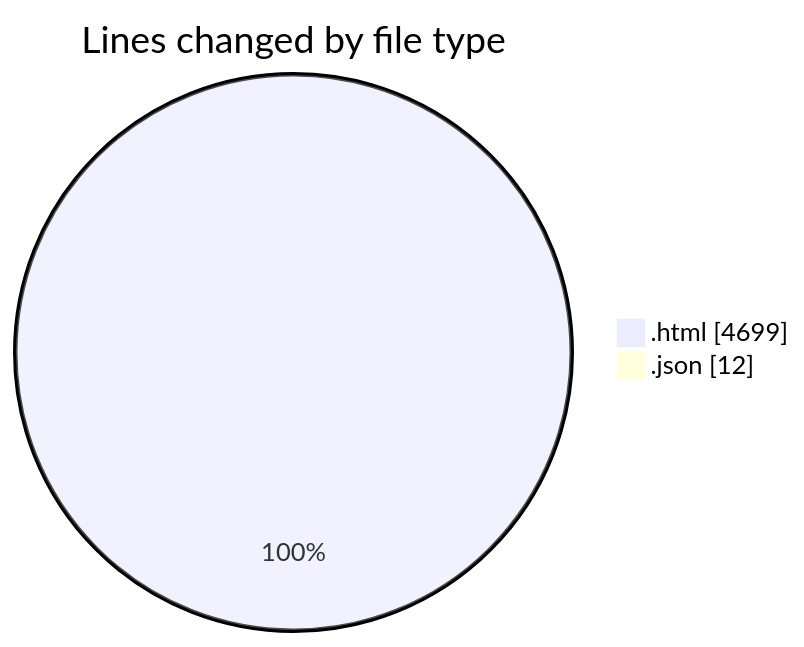
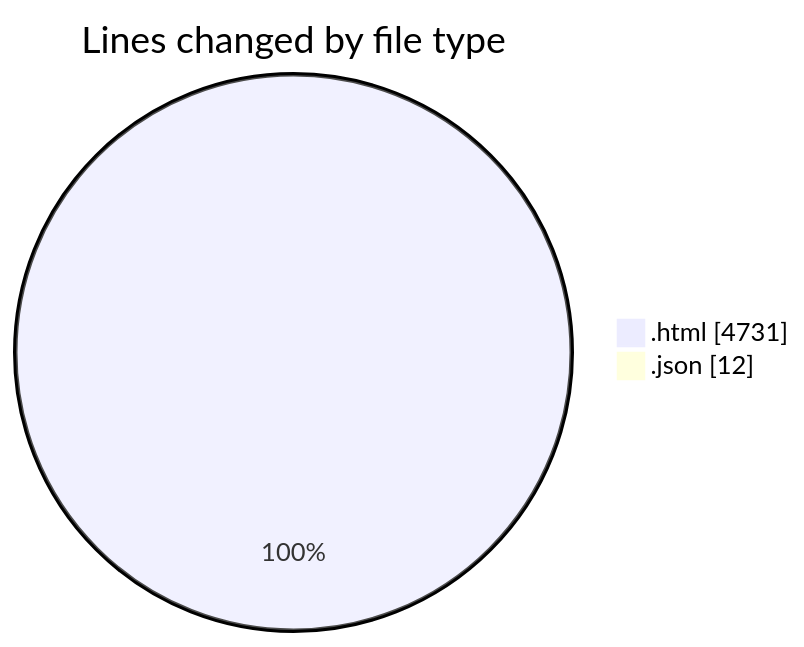
Before and after one commit to momahboobian/code-tracking: the first of 2 diagrams in 2026-05-21/pdf_invoice/README.md, drawn with Mermaid. The commit also changed other lines of this file and 1 other file, not shown here.

````diff
--- a/2026-05-21/pdf_invoice/README.md
+++ b/2026-05-21/pdf_invoice/README.md
@@ -26,6 +26,6 @@
 ```mermaid
 pie showData
 title Lines changed by file type
-".html" : 4699
+".html" : 4731
 ".json" : 12
 ```
````
